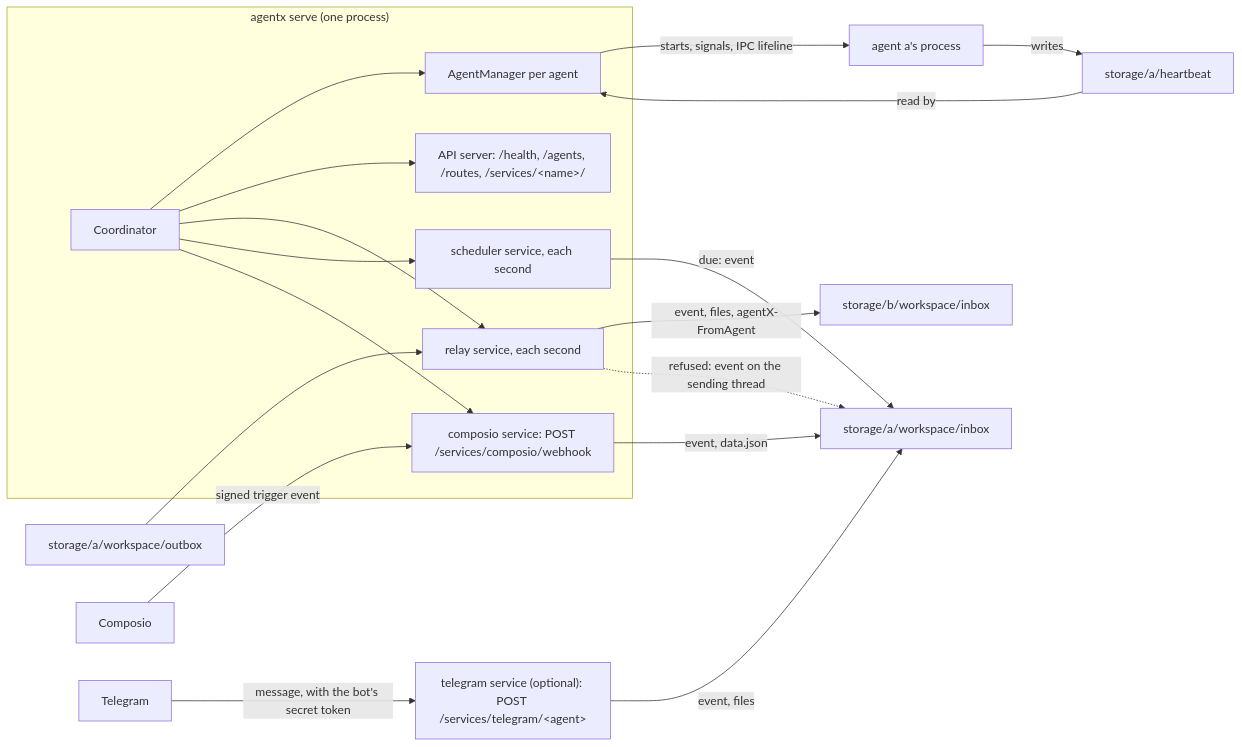
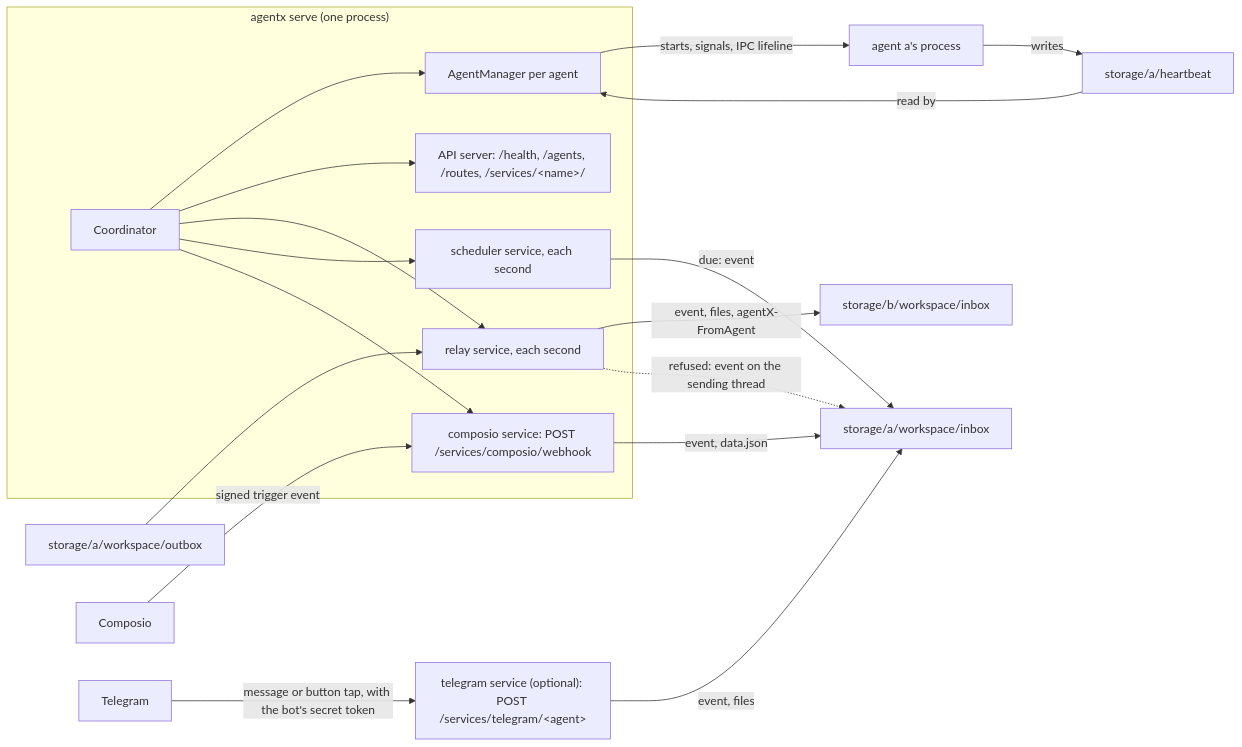
Before and after one commit to cognisphere-sh/agent-x: the diagram in docs/architecture/coordinator-runtime/README.md, drawn with Mermaid. The commit also changed other lines of this file and 13 other files, not shown here.

First line of the commit message:
feat: the agent asks in Telegram with inline buttons, whose taps the service delivers; it lets the person choose among services that can do a task

````diff
--- a/docs/architecture/coordinator-runtime/README.md
+++ b/docs/architecture/coordinator-runtime/README.md
@@ -24,14 +24,14 @@
 ```mermaid
 flowchart LR
   subgraph SERVE["agentx serve (one process)"]
     C["Coordinator"] --> M["AgentManager per agent"] & H["API server: /health, /agents, /routes, /services/&lt;name&gt;/"]
     C --> D["relay service, each second"] & S["scheduler service, each second"] & CW["composio service: POST /services/composio/webhook"]
   end
   M -- "starts, signals, IPC lifeline" --> A["agent a's process"]
   A -- "writes" --> HB["storage/a/heartbeat"] -- "read by" --> M
   OA["storage/a/workspace/outbox"] --> D -- "event, files, agentX-FromAgent" --> IB["storage/b/workspace/inbox"]
   D -. "refused: event on the sending thread" .-> IA["storage/a/workspace/inbox"]
   S -- "due: event" --> IA
   CO["Composio"] -- "signed trigger event" --> CW -- "event, data.json" --> IA
-  TGM["Telegram"] -- "message, with the bot's secret token" --> TW["telegram service (optional): POST /services/telegram/&lt;agent&gt;"] -- "event, files" --> IA
+  TGM["Telegram"] -- "message or button tap, with the bot's secret token" --> TW["telegram service (optional): POST /services/telegram/&lt;agent&gt;"] -- "event, files" --> IA
 ```
````
